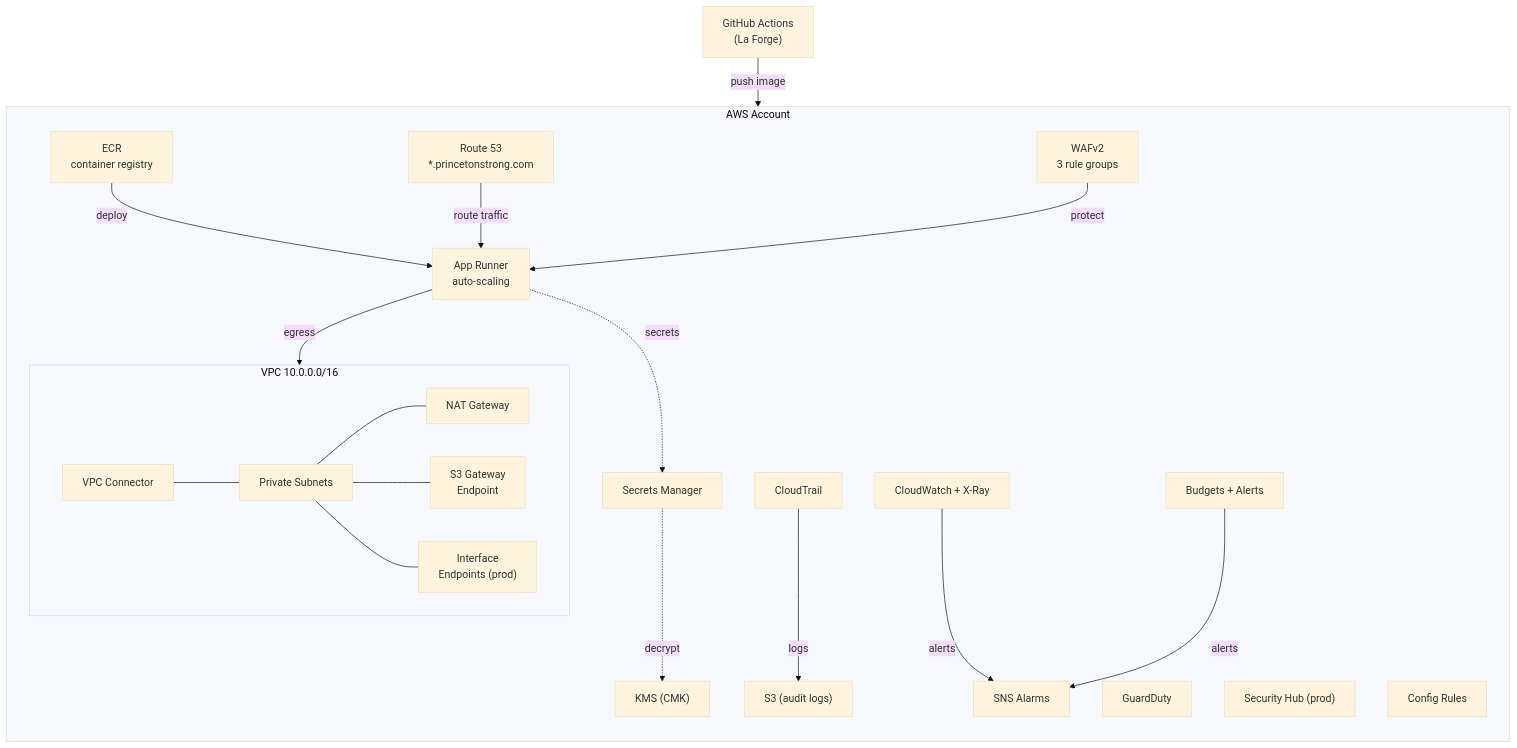
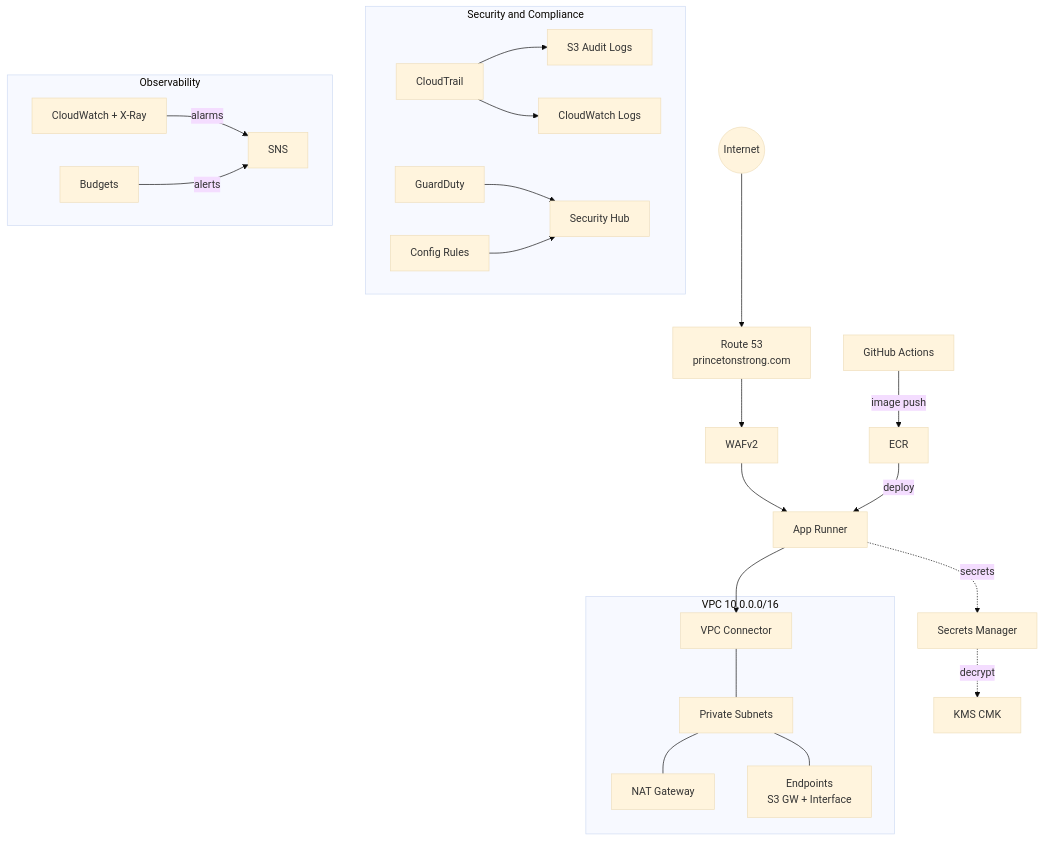
One commit to borninthedark/witness changed the first of 3 diagrams in README.md. Above: the diagram before and after it, drawn with Mermaid (base theme). The commit also changed other lines of this file and 1 other file, not shown here.

Commit message:
hcp tf #39

````diff
--- a/README.md
+++ b/README.md
@@ -58,45 +58,27 @@
 ```mermaid
-graph TB
-    subgraph AWS["AWS Account"]
-        direction TB
-        R53["Route 53<br/>*.princetonstrong.com"]
-        WAF["WAFv2<br/>3 rule groups"]
-        AR["App Runner<br/>auto-scaling"]
-        ECR["ECR<br/>container registry"]
+graph TD
+    USER(("Internet")) --> R53["Route 53<br/>princetonstrong.com"]
+    R53 --> WAF["WAFv2"] --> AR["App Runner"]
+    GH["GitHub Actions"] -->|image push| ECR["ECR"] -->|deploy| AR
 
-        subgraph VPC["VPC 10.0.0.0/16"]
-            direction LR
-            VC["VPC Connector"]
-            PS["Private Subnets"]
-            NAT["NAT Gateway"]
-            S3EP["S3 Gateway<br/>Endpoint"]
-            IEP["Interface<br/>Endpoints (prod)"]
-        end
-
-        SM["Secrets Manager"]
-        KMS["KMS (CMK)"]
-        CT["CloudTrail"]
-        GD["GuardDuty"]
-        SH["Security Hub (prod)"]
-        CFG["Config Rules"]
-        CW["CloudWatch + X-Ray"]
-        SNS["SNS Alarms"]
-        S3["S3 (audit logs)"]
-        BUD["Budgets + Alerts"]
+    AR --> VC["VPC Connector"]
+    subgraph VPC["VPC 10.0.0.0/16"]
+        VC --- PS["Private Subnets"]
+        PS --- NAT["NAT Gateway"]
+        PS --- EP["Endpoints<br/>S3 GW + Interface"]
     end
 
-    GH["GitHub Actions<br/>(La Forge)"] -->|push image| ECR
-    ECR -->|deploy| AR
-    R53 -->|route traffic| AR
-    WAF -->|protect| AR
-    AR -->|egress| VC
-    VC --- PS
-    PS --- NAT
-    PS --- S3EP
-    PS --- IEP
-    AR -.->|secrets| SM
-    SM -.->|decrypt| KMS
-    CT -->|logs| S3
-    CW -->|alerts| SNS
-    BUD -->|alerts| SNS
+    AR -.->|secrets| SM["Secrets Manager"] -.->|decrypt| KMS["KMS CMK"]
+
+    subgraph security["Security and Compliance"]
+        CT["CloudTrail"] --> S3L["S3 Audit Logs"]
+        CT --> CWL["CloudWatch Logs"]
+        GD["GuardDuty"] --> SH["Security Hub"]
+        CFG["Config Rules"] --> SH
+    end
+
+    subgraph observe["Observability"]
+        CW["CloudWatch + X-Ray"] -->|alarms| SNS["SNS"]
+        BUD["Budgets"] -->|alerts| SNS
+    end
 ```
````
